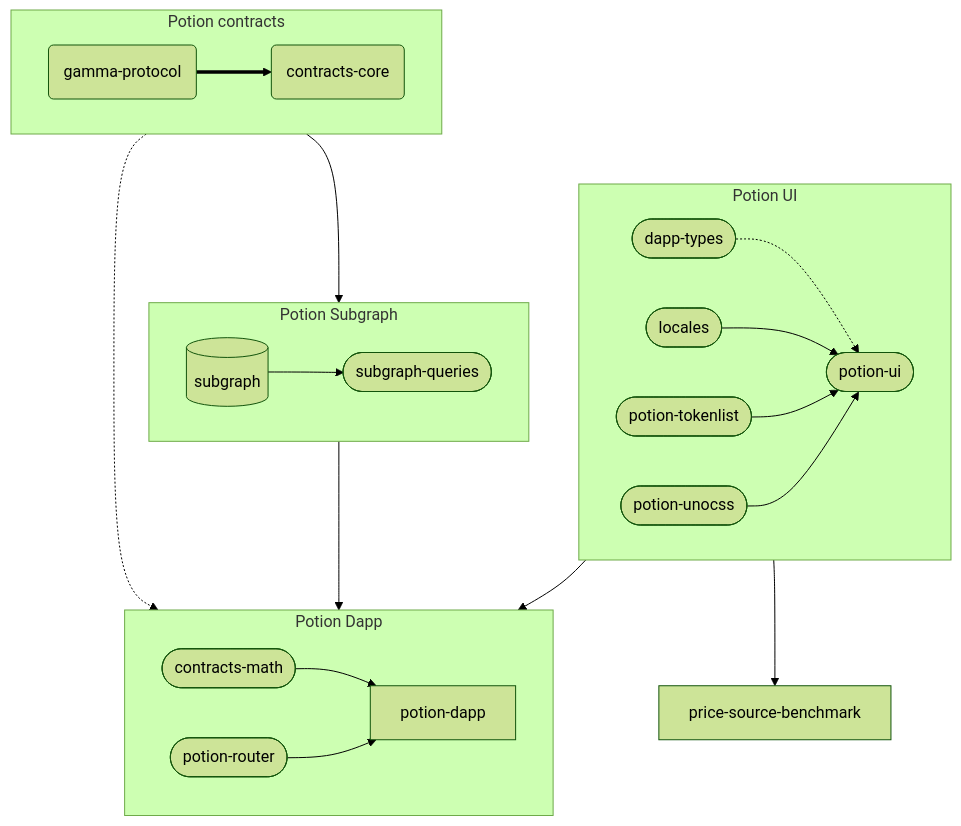
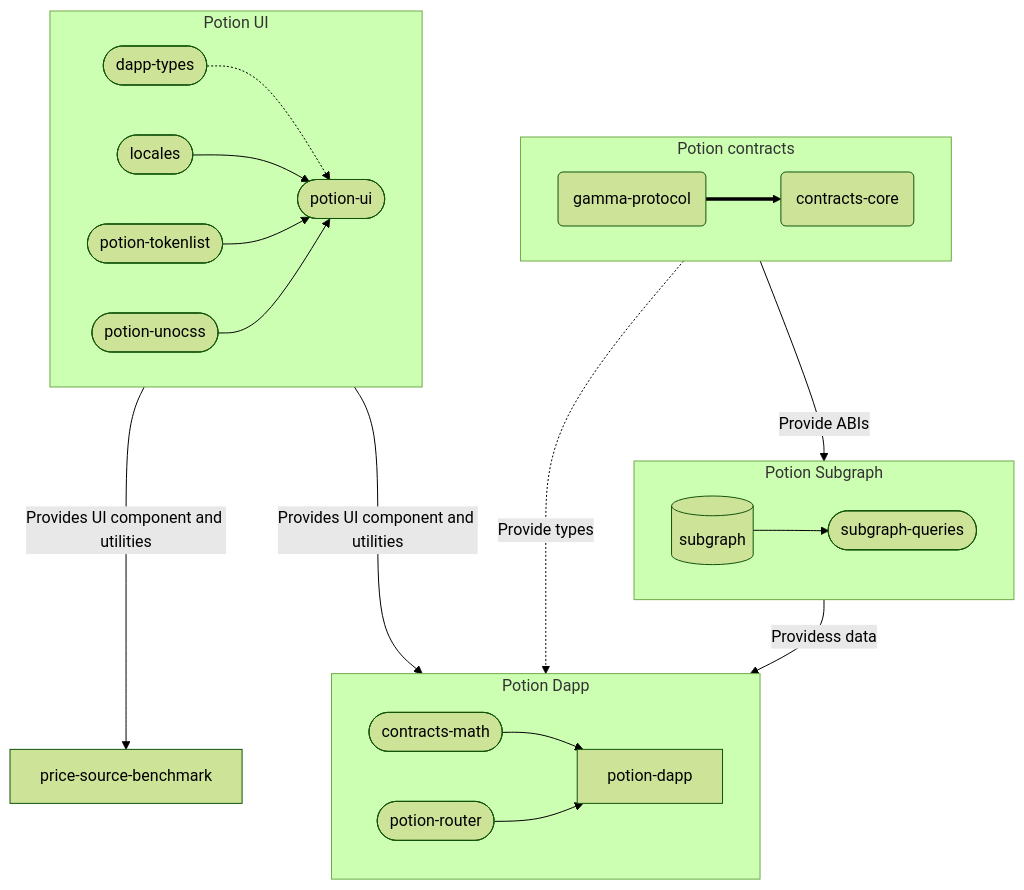
The diagram in README.md (ntropika-labs/potion-protocol), drawn with Mermaid (forest theme) before and after one commit.

Commit message:
docs: fix mermaid rendering

````diff
--- a/README.md
+++ b/README.md
@@ -214,37 +214,36 @@
 ```mermaid
-    graph TD;
-      A[potion-dapp]
-      B[price-source-benchmark]
-      C[(subgraph)]
-      D(contracts-core)
-      E(gamma-protocol)
-      F([contracts-math])
-      G([dapp-types])
-      H([locales])
-      I([potion-router])
-      J([potion-tokenlist])
-      K([potion-ui])
-      L([potion-unocss])
-      M([subgraph-queries])  
-      subgraph PC[Potion contracts]
-        E ==> D
-      end
-      subgraph PD[Potion Dapp]
-        F --> A
-        I --> A
-      end
-      subgraph PS[Potion Subgraph]
-        C --> M
-      end
-      subgraph PU[Potion UI]
-        G -.-> K
-        H --> K
-        J --> K
-        L --> K
-      end
-      PC -.-> PD
-      PC --> PS
-      PS --> PD
-      PU --> B
-      PU --> PD
+flowchart TD;
+  A[potion-dapp];
+  B[price-source-benchmark];
+  C[(subgraph)];
+  D(contracts-core);
+  E(gamma-protocol);
+  F([contracts-math]);
+  G([dapp-types]);
+  H([locales]);
+  I([potion-router]);
+  J([potion-tokenlist]);
+  K([potion-ui]);
+  L([potion-unocss]);
+  M([subgraph-queries]);  
+  subgraph PC[Potion contracts];
+    E ==> D;
+  end
+  subgraph PD[Potion Dapp]
+    F --> A;
+    I --> A;
+  end
+  subgraph PS[Potion Subgraph]
+    C --> M;
+  end
+  subgraph PU[Potion UI]
+    G -.-> K;
+    H --> K;
+    J --> K;
+    L --> K;
+  end
+  PC -. Provide types .-> PD;
+  PC -- Provide ABIs --> PS;
+  PS -- Providess data --> PD;
+  PU -- Provides UI component and utilities ---> B & PD;
 ```
````
